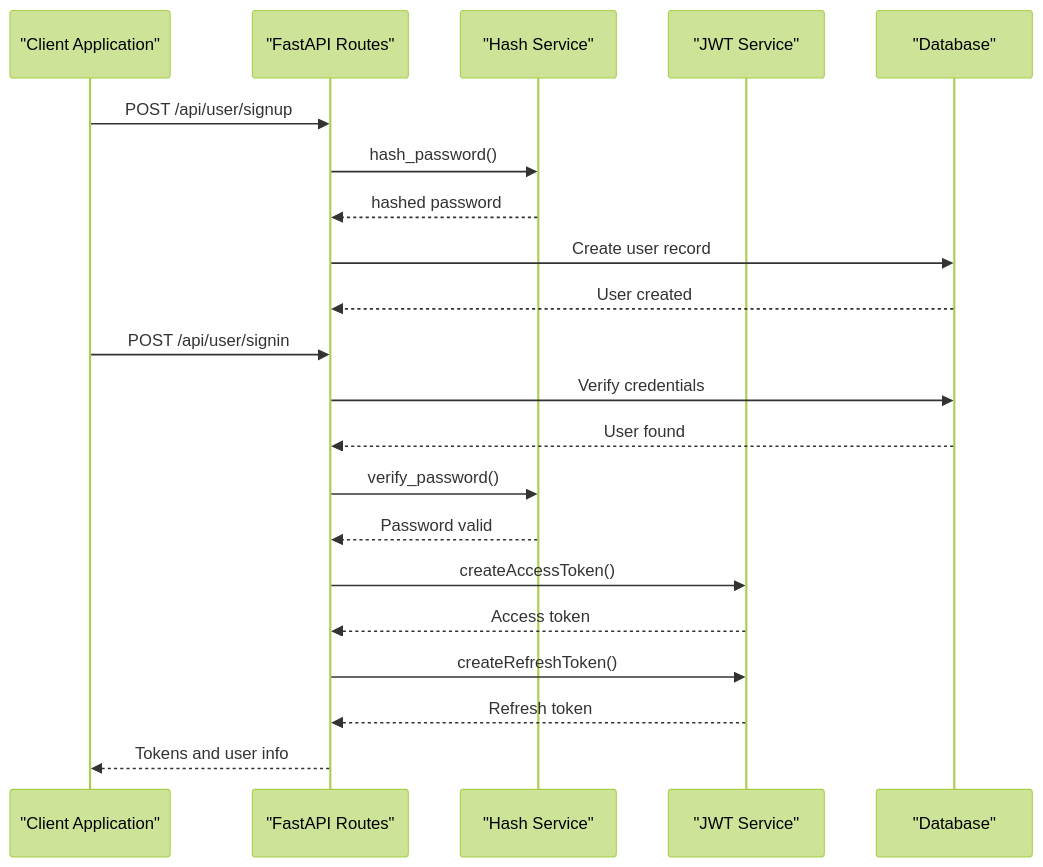
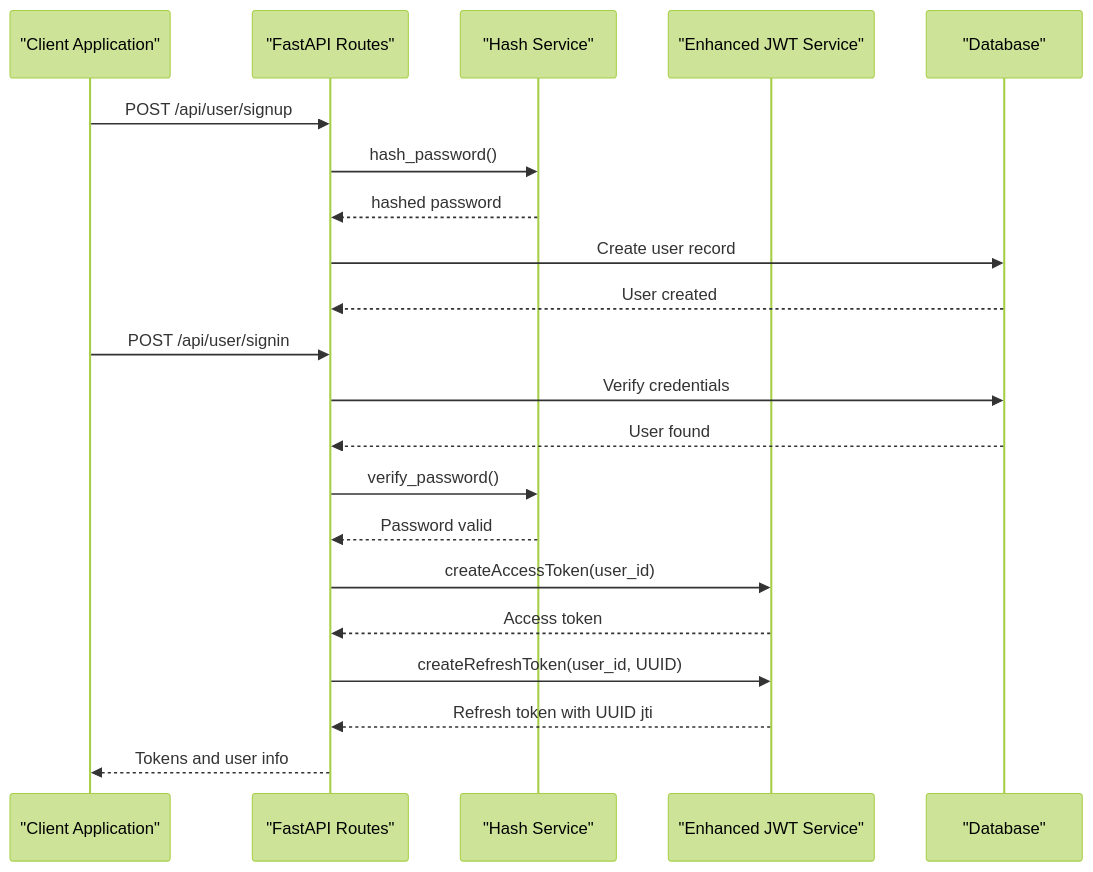
Before and after one commit to srikant-panda/auth-service: the fifth of 7 diagrams in .qoder/repowiki/en/content/Testing and Deployment/Deployment and Containerization.md, drawn with Mermaid (forest theme). The commit also changed other lines of this file and 7 other files, not shown here.

````diff
--- a/.qoder/repowiki/en/content/Testing and Deployment/Deployment and Containerization.md
+++ b/.qoder/repowiki/en/content/Testing and Deployment/Deployment and Containerization.md
@@ -189,23 +238,23 @@
 ```mermaid
 sequenceDiagram
 participant Client as "Client Application"
 participant API as "FastAPI Routes"
 participant Hash as "Hash Service"
-participant JWT as "JWT Service"
+participant JWT as "Enhanced JWT Service"
 participant DB as "Database"
 Client->>API : POST /api/user/signup
 API->>Hash : hash_password()
 Hash-->>API : hashed password
 API->>DB : Create user record
 DB-->>API : User created
 Client->>API : POST /api/user/signin
 API->>DB : Verify credentials
 DB-->>API : User found
 API->>Hash : verify_password()
 Hash-->>API : Password valid
-API->>JWT : createAccessToken()
+API->>JWT : createAccessToken(user_id)
 JWT-->>API : Access token
-API->>JWT : createRefreshToken()
-JWT-->>API : Refresh token
+API->>JWT : createRefreshToken(user_id, UUID)
+JWT-->>API : Refresh token with UUID jti
 API-->>Client : Tokens and user info
 ```
````
